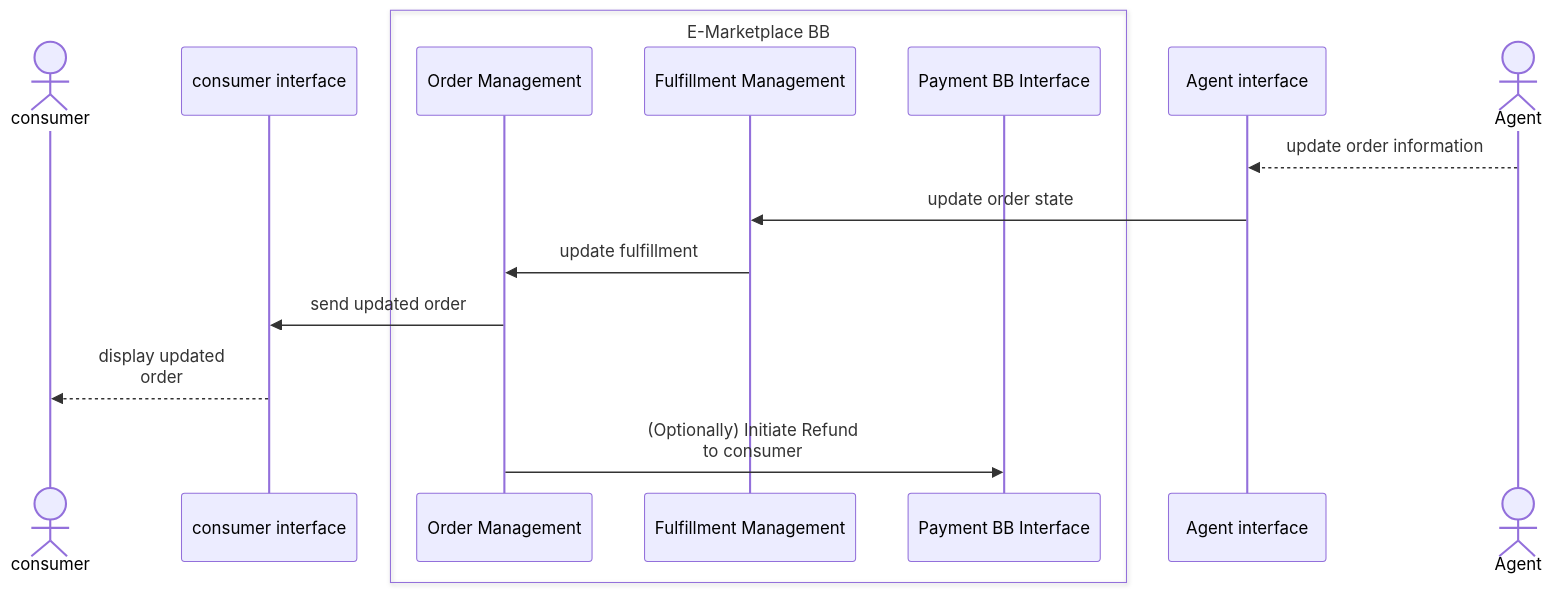
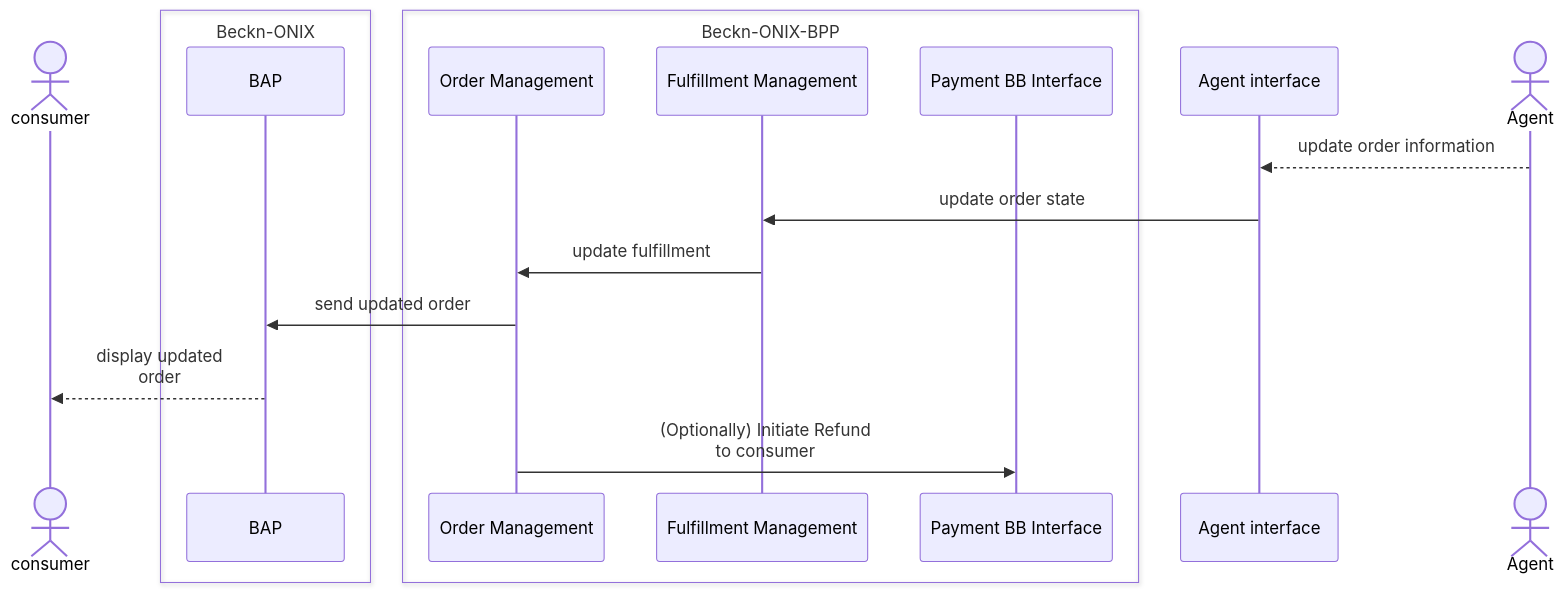
Before and after one commit to rajaneeshk90/gitbook-exp: diagram 12 of 17 in README.md, drawn with Mermaid. The commit also changed other lines of this file, not shown here.

Commit message:
GITBOOK-7: Updated sequence diagram for all APIs

````diff
--- a/README.md
+++ b/README.md
@@ -310,18 +337,20 @@
 ```mermaid
 sequenceDiagram
     Actor consumer
-    participant consumer interface
-    box E-Marketplace BB
+    box Beckn-ONIX
+    participant BAP
+    end
+    box Beckn-ONIX-BPP
     participant Order Management
     participant Fulfillment Management
     participant Payment BB Interface
     end
     participant Agent interface
     Actor Agent
     Agent-->>Agent interface: update order information
     Agent interface->>Fulfillment Management:update order state
     Fulfillment Management->>Order Management:update fulfillment
-    Order Management->>consumer interface: send updated order
-    consumer interface-->>consumer: display updated <br/> order
+    Order Management->>BAP: send updated order
+    BAP-->>consumer: display updated <br/> order
     Order Management->>Payment BB Interface: (Optionally) Initiate Refund <br/> to consumer
 ```
````
